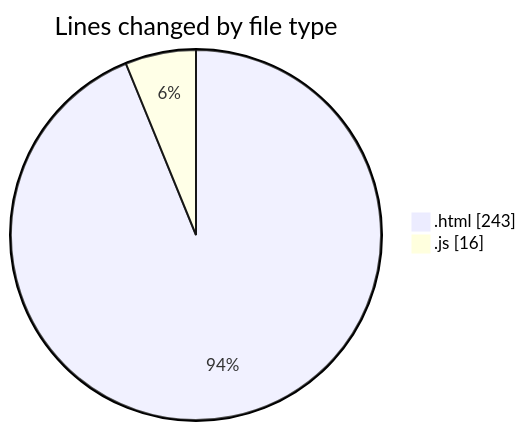
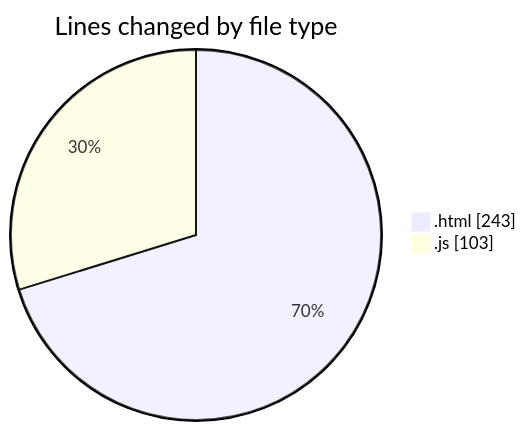
The first of 2 diagrams in 2026-02-19/bot_v1_2/README.md (becaeroporto-bot/code-tracking), drawn with Mermaid before and after one commit. The commit also changed other lines of this file and 1 other file, not shown here.

````diff
--- a/2026-02-19/bot_v1_2/README.md
+++ b/2026-02-19/bot_v1_2/README.md
@@ -25,6 +25,6 @@
 ```mermaid
 pie showData
 title Lines changed by file type
 ".html" : 243
-".js" : 16
+".js" : 103
 ```
````
